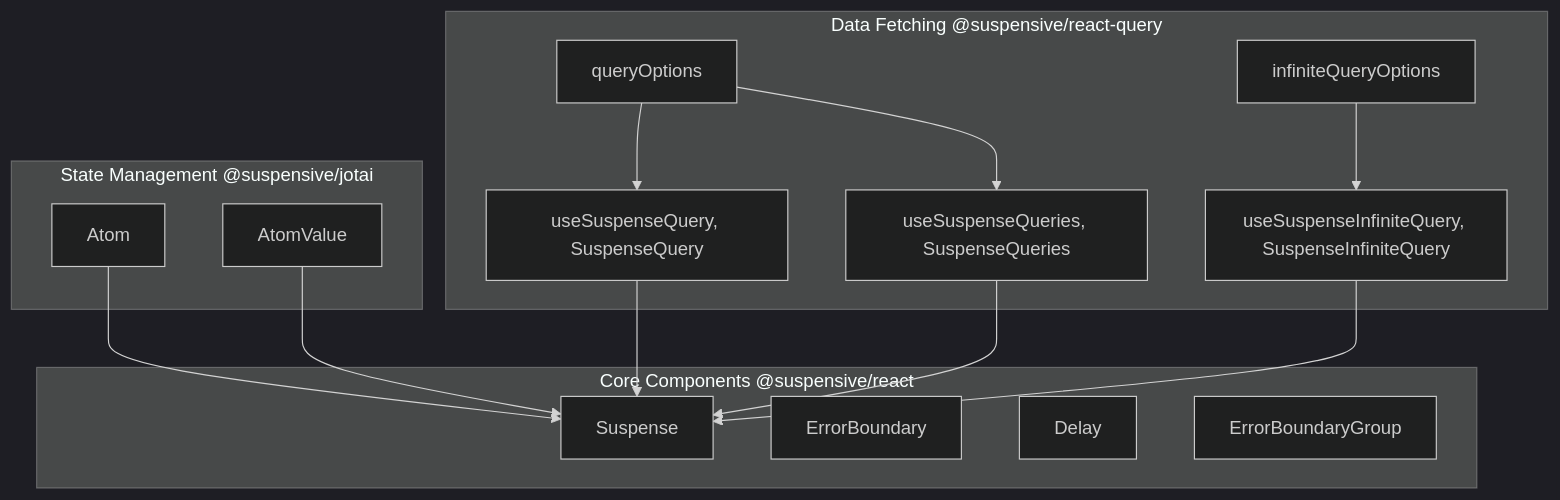
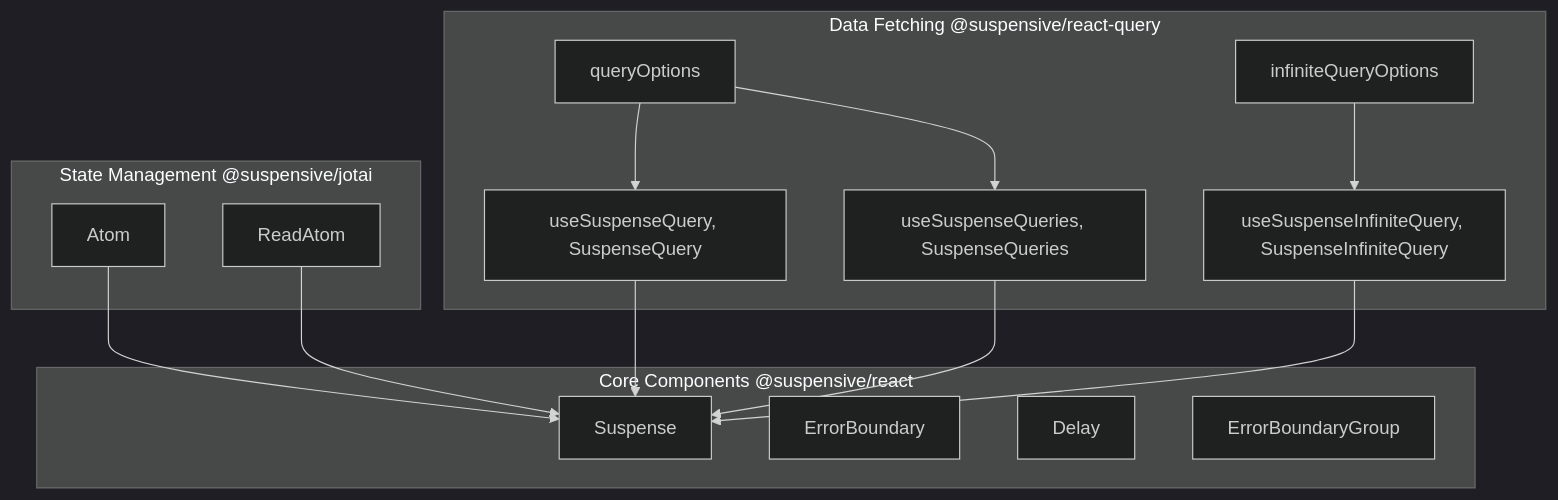
The second of 3 diagrams in docs/suspensive.org/src/content/en/docs/introduction.mdx (toss/suspensive), drawn with Mermaid (dark theme) before and after one commit. The commit also changed other lines of this file and 17 other files, not shown here.

Commit message:
refactor(jotai): rename AtomValue to ReadAtom

````diff
--- a/docs/suspensive.org/src/content/en/docs/introduction.mdx
+++ b/docs/suspensive.org/src/content/en/docs/introduction.mdx
@@ -89,30 +89,30 @@
 ```mermaid
 graph TD;
 subgraph AA [Data Fetching @suspensive/react-query]
 A[queryOptions];
 B[infiniteQueryOptions];
 C[useSuspenseQuery, SuspenseQuery];
 D[useSuspenseInfiniteQuery, SuspenseInfiniteQuery];
 E[useSuspenseQueries, SuspenseQueries];
 end
 subgraph BB [State Management @suspensive/jotai]
 F[Atom];
-G[AtomValue];
+G[ReadAtom];
 end
 subgraph CC [Core Components @suspensive/react]
 H[Suspense];
 I[ErrorBoundary];
 J[Delay];
 K[ErrorBoundaryGroup];
 end
 
 C --> H;
 D --> H;
 E --> H;
 F --> H;
 G --> H;
 
 A --> C;
 A --> E;
 B --> D;
 ```
````
